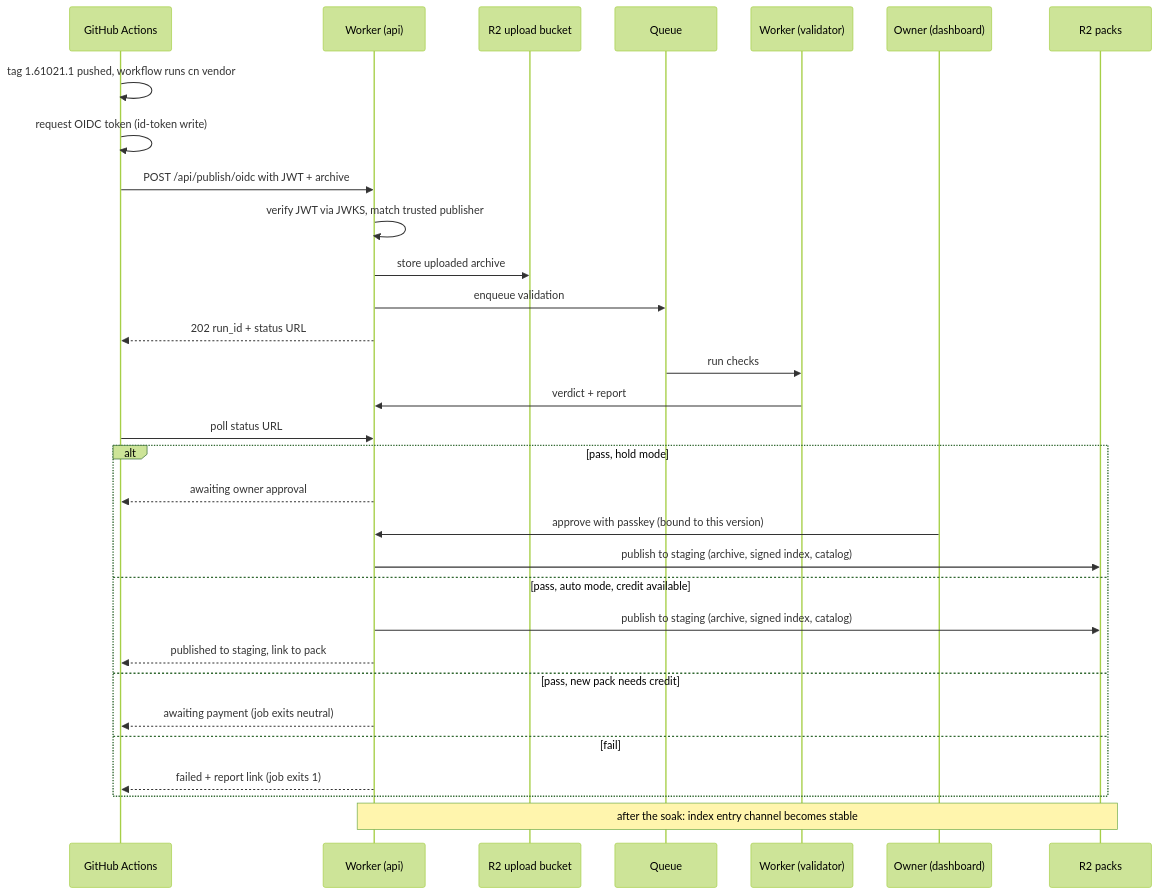
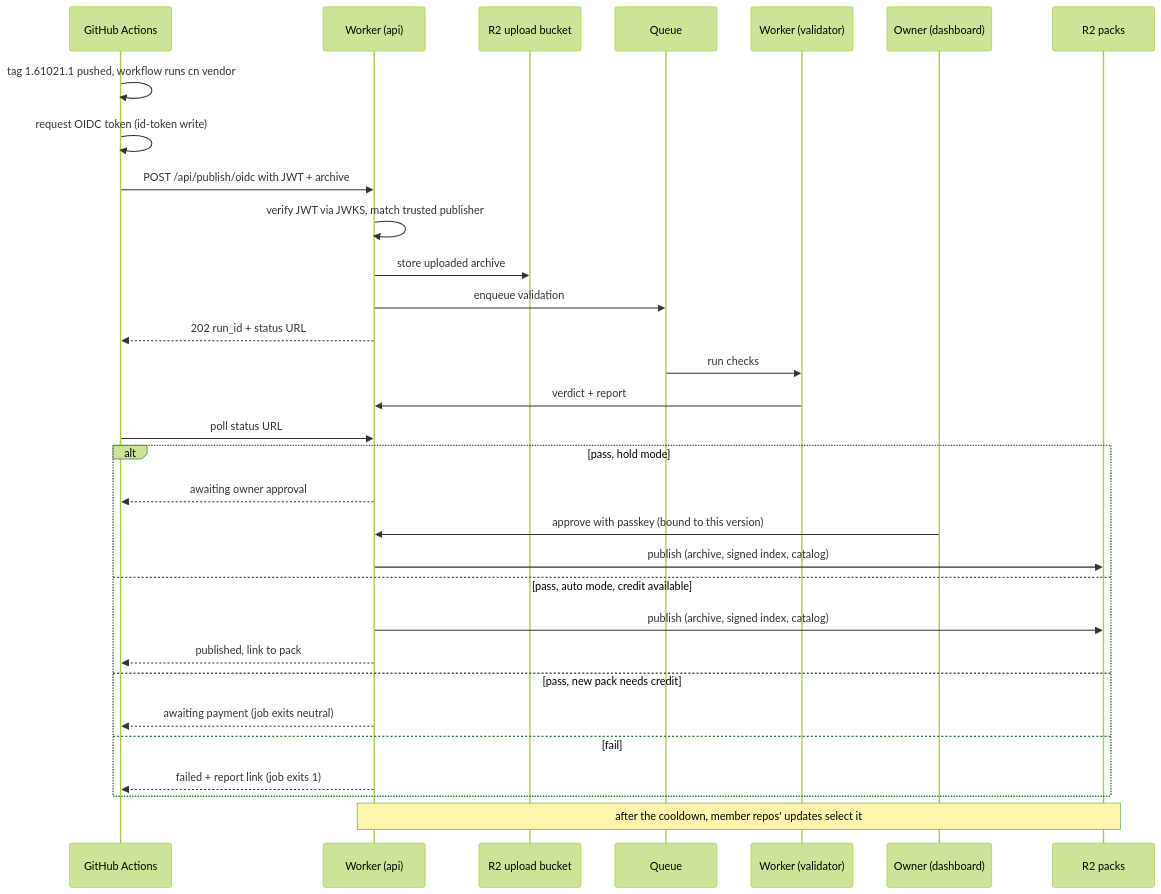
One commit to Claudinite/PackServer changed the sixth of 13 diagrams in docs/ui/flows.md. Above: the diagram before and after it, drawn with Mermaid (forest theme). The commit also changed other lines of this file and 6 other files, not shown here.

````diff
--- a/docs/ui/flows.md
+++ b/docs/ui/flows.md
@@ -243,33 +243,33 @@
 ```mermaid
 sequenceDiagram
   participant GH as GitHub Actions
   participant W as Worker (api)
   participant R2s as R2 upload bucket
   participant Q as Queue
   participant V as Worker (validator)
   participant O as Owner (dashboard)
   participant R2 as R2 packs
   GH->>GH: tag 1.61021.1 pushed, workflow runs cn vendor
   GH->>GH: request OIDC token (id-token write)
   GH->>W: POST /api/publish/oidc with JWT + archive
   W->>W: verify JWT via JWKS, match trusted publisher
   W->>R2s: store uploaded archive
   W->>Q: enqueue validation
   W-->>GH: 202 run_id + status URL
   Q->>V: run checks
   V->>W: verdict + report
   GH->>W: poll status URL
   alt pass, hold mode
     W-->>GH: awaiting owner approval
     O->>W: approve with passkey (bound to this version)
-    W->>R2: publish to staging (archive, signed index, catalog)
+    W->>R2: publish (archive, signed index, catalog)
   else pass, auto mode, credit available
-    W->>R2: publish to staging (archive, signed index, catalog)
-    W-->>GH: published to staging, link to pack
+    W->>R2: publish (archive, signed index, catalog)
+    W-->>GH: published, link to pack
   else pass, new pack needs credit
     W-->>GH: awaiting payment (job exits neutral)
   else fail
     W-->>GH: failed + report link (job exits 1)
   end
-  Note over W,R2: after the soak: index entry channel becomes stable
+  Note over W,R2: after the cooldown, member repos' updates select it
 ```
````
